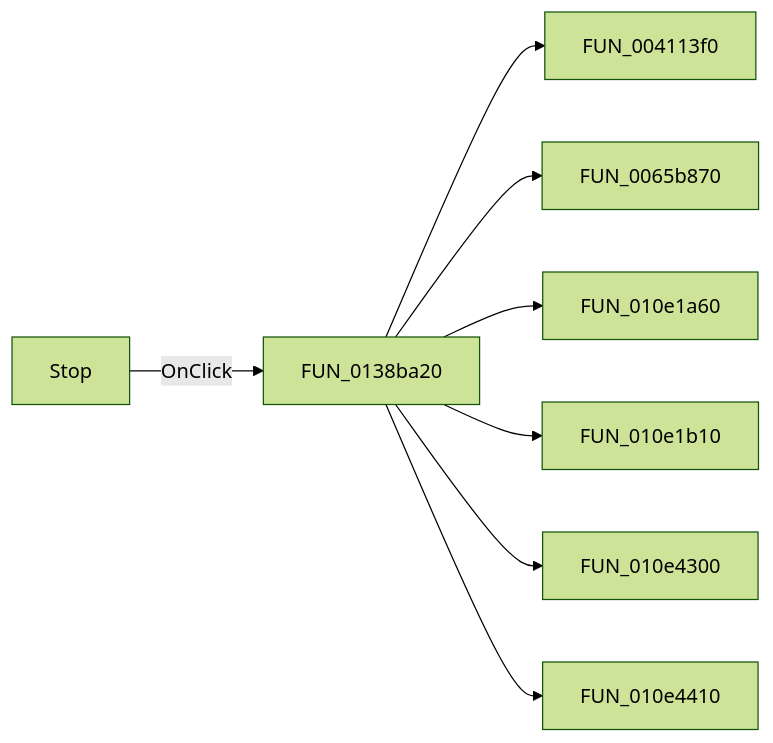
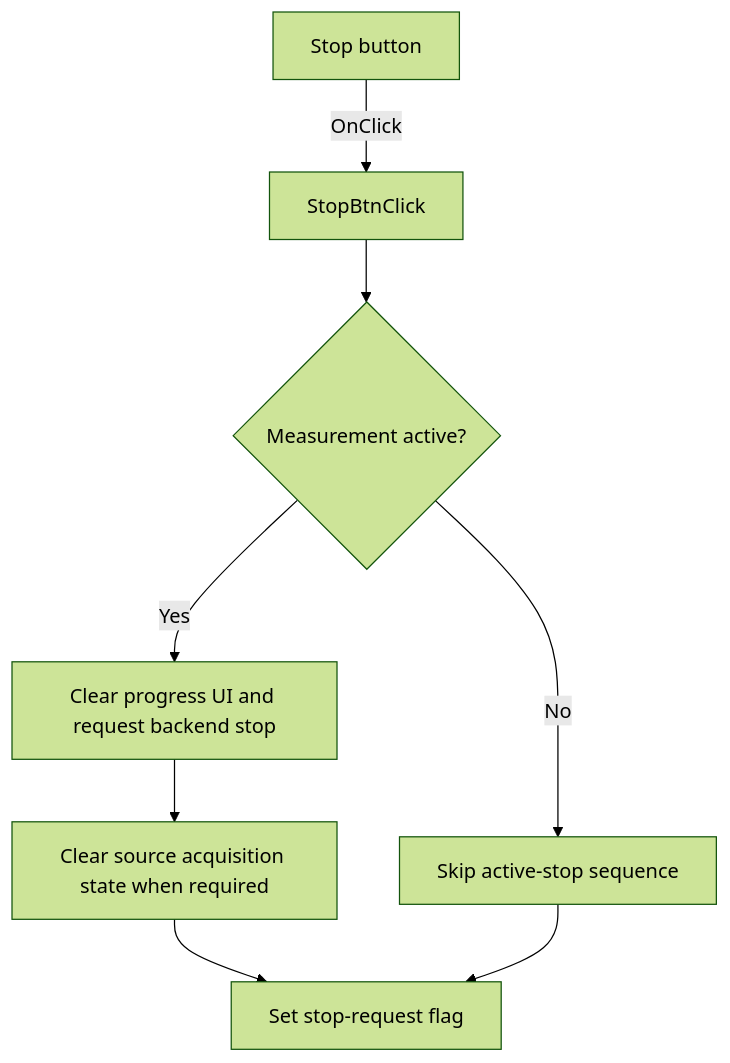
One commit to MovGP0/TIARA changed the diagram in docs/ui-controls/signalanalyzerwin/fstopbtn-3245815133.md. Above: the diagram before and after it, drawn with Mermaid (forest theme). The commit also changed other lines of this file and 1062 other files, not shown here.

````diff
--- a/docs/ui-controls/signalanalyzerwin/fstopbtn-3245815133.md
+++ b/docs/ui-controls/signalanalyzerwin/fstopbtn-3245815133.md
@@ -27,10 +29,10 @@
 ```mermaid
-flowchart LR
-    control["Stop"] -->|OnClick| handler["FUN_0138ba20"]
-    handler --> call1["FUN_004113f0"]
-    handler --> call2["FUN_0065b870"]
-    handler --> call3["FUN_010e1a60"]
-    handler --> call4["FUN_010e1b10"]
-    handler --> call5["FUN_010e4300"]
-    handler --> call6["FUN_010e4410"]
+flowchart TD
+    control["Stop button"] -->|OnClick| handler["StopBtnClick"]
+    handler --> active{"Measurement active?"}
+    active -->|Yes| stop["Clear progress UI and request backend stop"]
+    stop --> source["Clear source acquisition state when required"]
+    active -->|No| request["Skip active-stop sequence"]
+    source --> flag["Set stop-request flag"]
+    request --> flag
 ```
````
